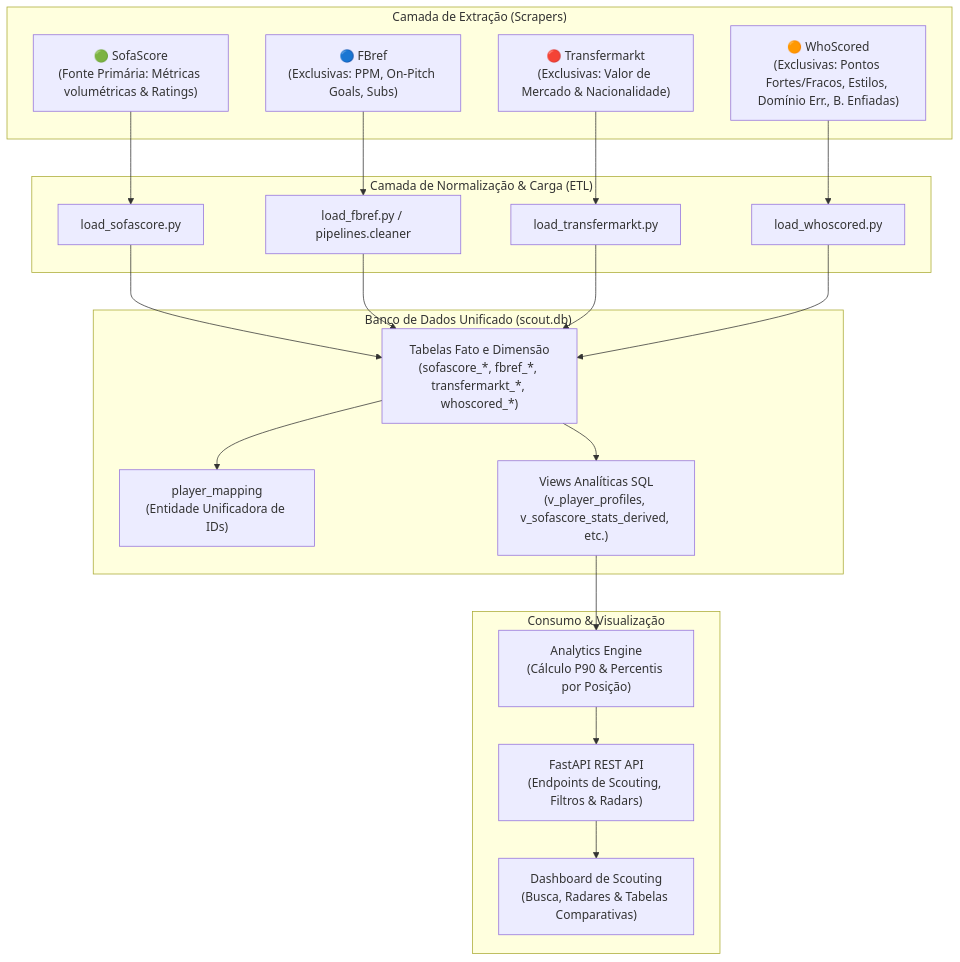
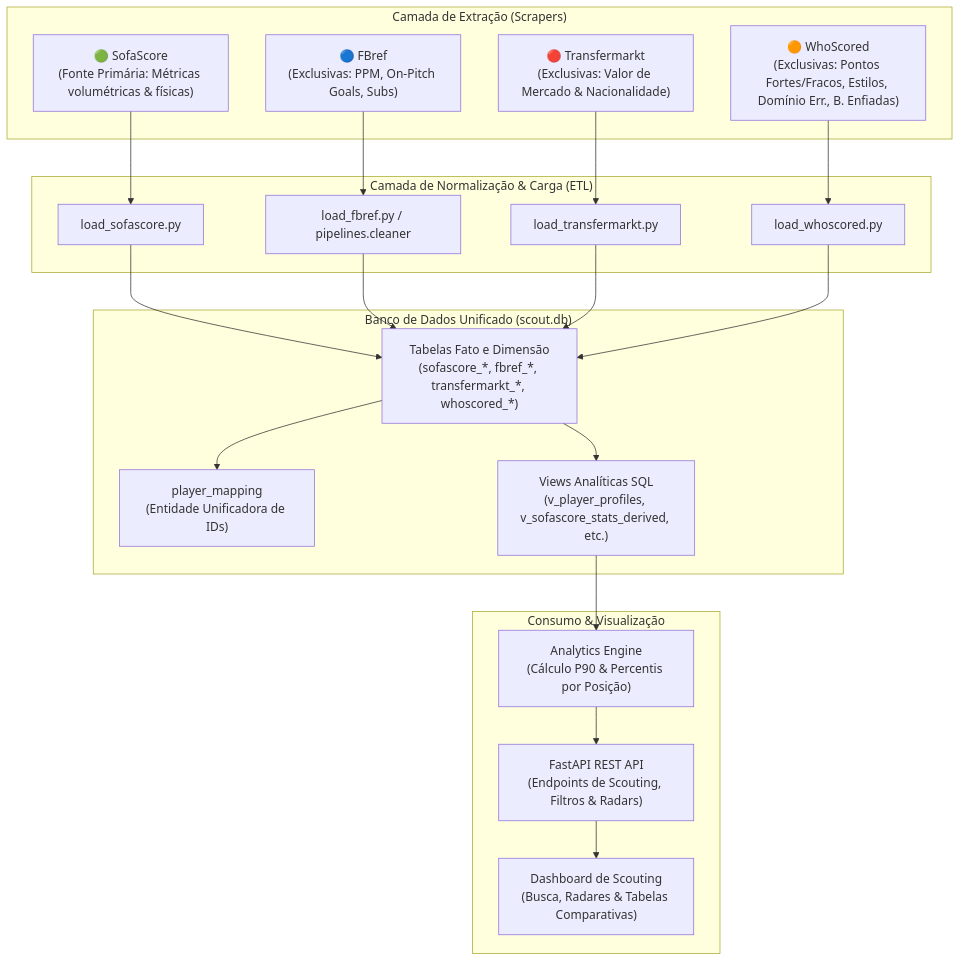
The diagram in README.md (marcosbaccin/Scout-Data-Scraper), drawn with Mermaid before and after one commit. The commit also changed other lines of this file and 9 other files, not shown here.

````diff
--- a/README.md
+++ b/README.md
@@ -11,37 +11,37 @@
 ```mermaid
 flowchart TD
     subgraph Fontes_Scraping ["Camada de Extração (Scrapers)"]
-        SS["🟢 SofaScore<br/>(Fonte Primária: Métricas volumétricas & Ratings)"]
+        SS["🟢 SofaScore<br/>(Fonte Primária: Métricas volumétricas & físicas)"]
         FB["🔵 FBref<br/>(Exclusivas: PPM, On-Pitch Goals, Subs)"]
         TM["🔴 Transfermarkt<br/>(Exclusivas: Valor de Mercado & Nacionalidade)"]
         WS["🟠 WhoScored<br/>(Exclusivas: Pontos Fortes/Fracos, Estilos, Domínio Err., B. Enfiadas)"]
     end
 
     subgraph Camada_ETL ["Camada de Normalização & Carga (ETL)"]
         L_SS["load_sofascore.py"]
         L_FB["load_fbref.py / pipelines.cleaner"]
         L_TM["load_transfermarkt.py"]
         L_WS["load_whoscored.py"]
     end
 
     subgraph Banco_Dados ["Banco de Dados Unificado (scout.db)"]
         MAPPING["player_mapping<br/>(Entidade Unificadora de IDs)"]
         TABLES["Tabelas Fato e Dimensão<br/>(sofascore_*, fbref_*, transfermarkt_*, whoscored_*)"]
         VIEWS["Views Analíticas SQL<br/>(v_player_profiles, v_sofascore_stats_derived, etc.)"]
     end
 
     subgraph Servicos ["Consumo & Visualização"]
         API["FastAPI REST API<br/>(Endpoints de Scouting, Filtros & Radars)"]
         ENGINE["Analytics Engine<br/>(Cálculo P90 & Percentis por Posição)"]
         UI["Dashboard de Scouting<br/>(Busca, Radares & Tabelas Comparativas)"]
     end
 
     SS --> L_SS --> TABLES
     FB --> L_FB --> TABLES
     TM --> L_TM --> TABLES
     WS --> L_WS --> TABLES
 
     TABLES --> MAPPING
     TABLES --> VIEWS
     VIEWS --> ENGINE --> API --> UI
 ```
````
